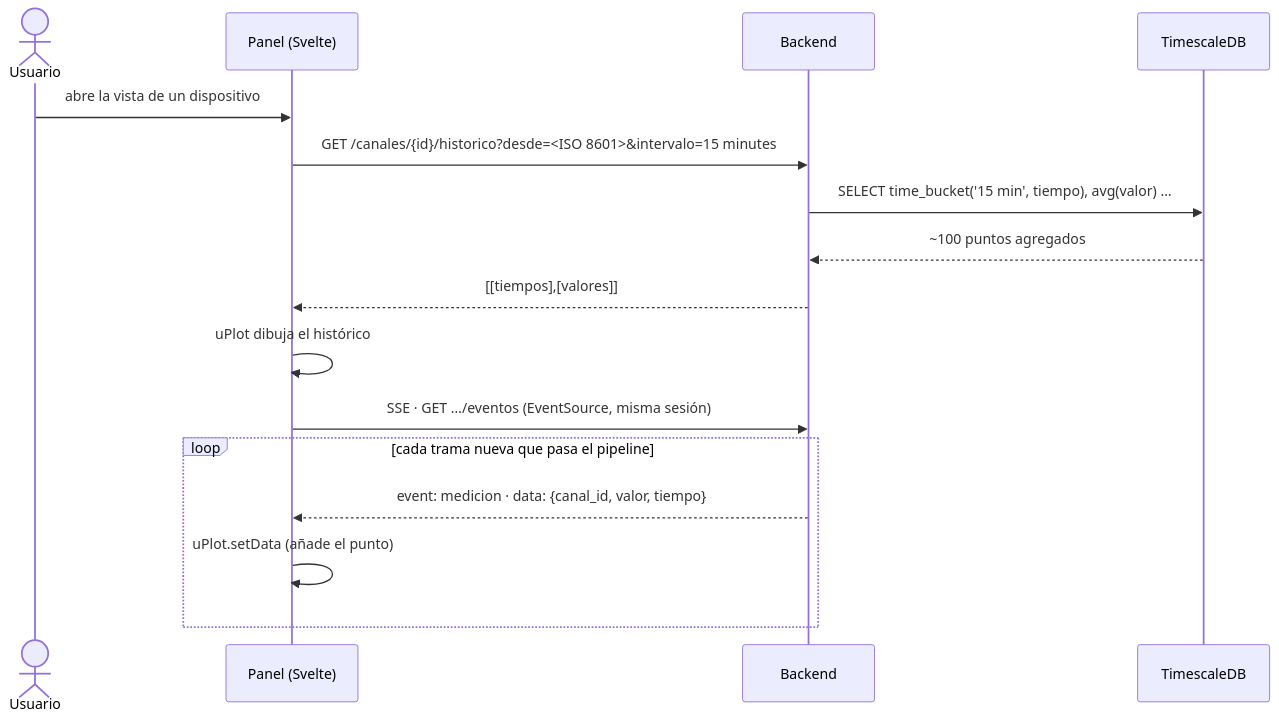
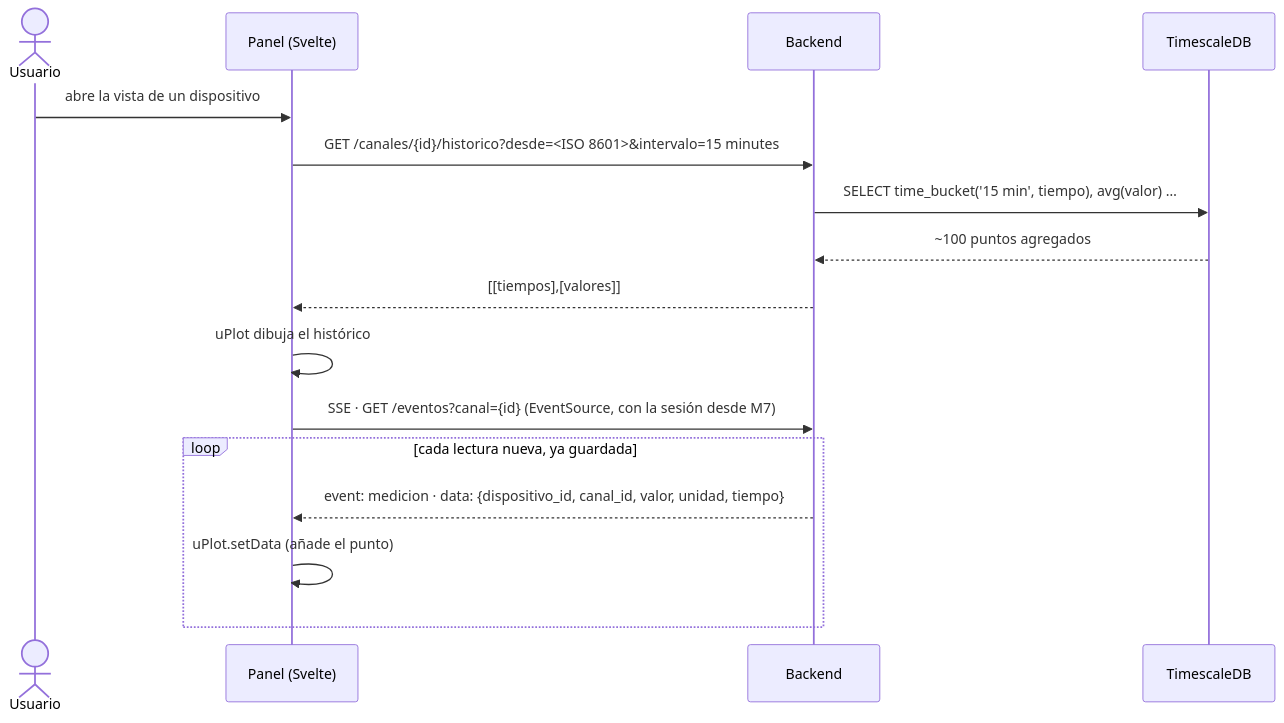
The fifth of 6 diagrams in docs/10-arquitectura.md (vicenterami/tesis), drawn with Mermaid before and after one commit. The commit also changed other lines of this file and 46 other files, not shown here.

First line of the commit message:
Agrega el canal de tiempo real (SSE) y corrige lo encontrado al revisarlo

````diff
--- a/docs/10-arquitectura.md
+++ b/docs/10-arquitectura.md
@@ -401,19 +401,19 @@
 ```mermaid
 sequenceDiagram
     actor U as Usuario
     participant FE as Panel (Svelte)
     participant API as Backend
     participant DB as TimescaleDB
 
     U->>FE: abre la vista de un dispositivo
     FE->>API: GET /canales/{id}/historico?desde=<ISO 8601>&intervalo=15 minutes
     API->>DB: SELECT time_bucket('15 min', tiempo), avg(valor) …
     DB-->>API: ~100 puntos agregados
     API-->>FE: [[tiempos],[valores]]
     FE->>FE: uPlot dibuja el histórico
-    FE->>API: SSE · GET …/eventos (EventSource, misma sesión)
-    loop cada trama nueva que pasa el pipeline
-        API-->>FE: event: medicion · data: {canal_id, valor, tiempo}
+    FE->>API: SSE · GET /eventos?canal={id} (EventSource, con la sesión desde M7)
+    loop cada lectura nueva, ya guardada
+        API-->>FE: event: medicion · data: {dispositivo_id, canal_id, valor, unidad, tiempo}
         FE->>FE: uPlot.setData (añade el punto)
     end
 ```
````
